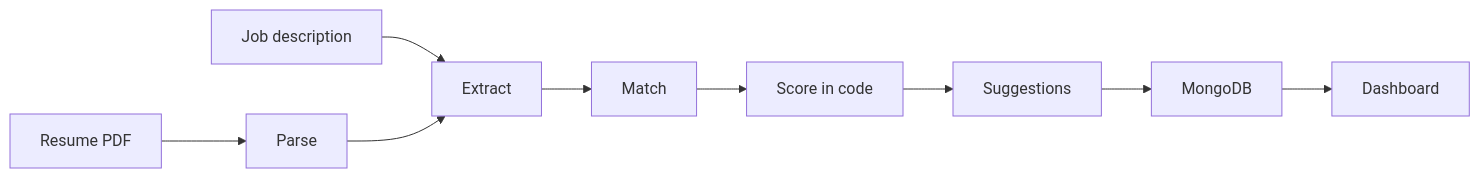
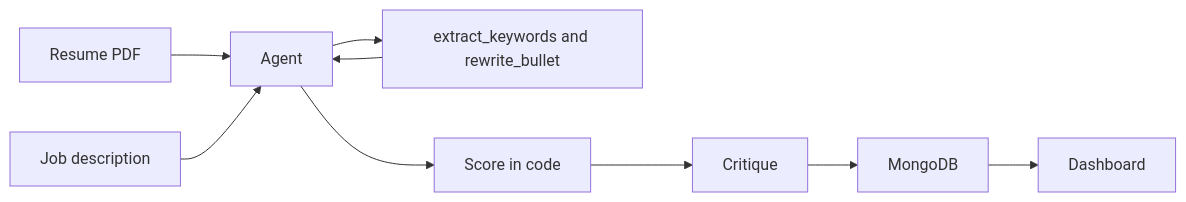
One commit to manojneupaneweb/Matchify-AI changed the diagram in README.md. Above: the diagram before and after it, drawn with Mermaid. The commit also changed other lines of this file and 1 other file, not shown here.

Commit message:
docs: describe the tool-calling agent and its limits

````diff
--- a/README.md
+++ b/README.md
@@ -29,11 +29,11 @@
 ```mermaid
 flowchart LR
-  resume[Resume PDF] --> parse[Parse]
-  jd[Job description] --> extract[Extract]
-  parse --> extract
-  extract --> match[Match]
-  match --> score[Score in code]
-  score --> suggest[Suggestions]
-  suggest --> store[MongoDB]
+  resume[Resume PDF] --> agent[Agent]
+  jd[Job description] --> agent
+  agent --> tools[extract_keywords and rewrite_bullet]
+  tools --> agent
+  agent --> score[Score in code]
+  score --> critique[Critique]
+  critique --> store[MongoDB]
   store --> dash[Dashboard]
 ```
````
